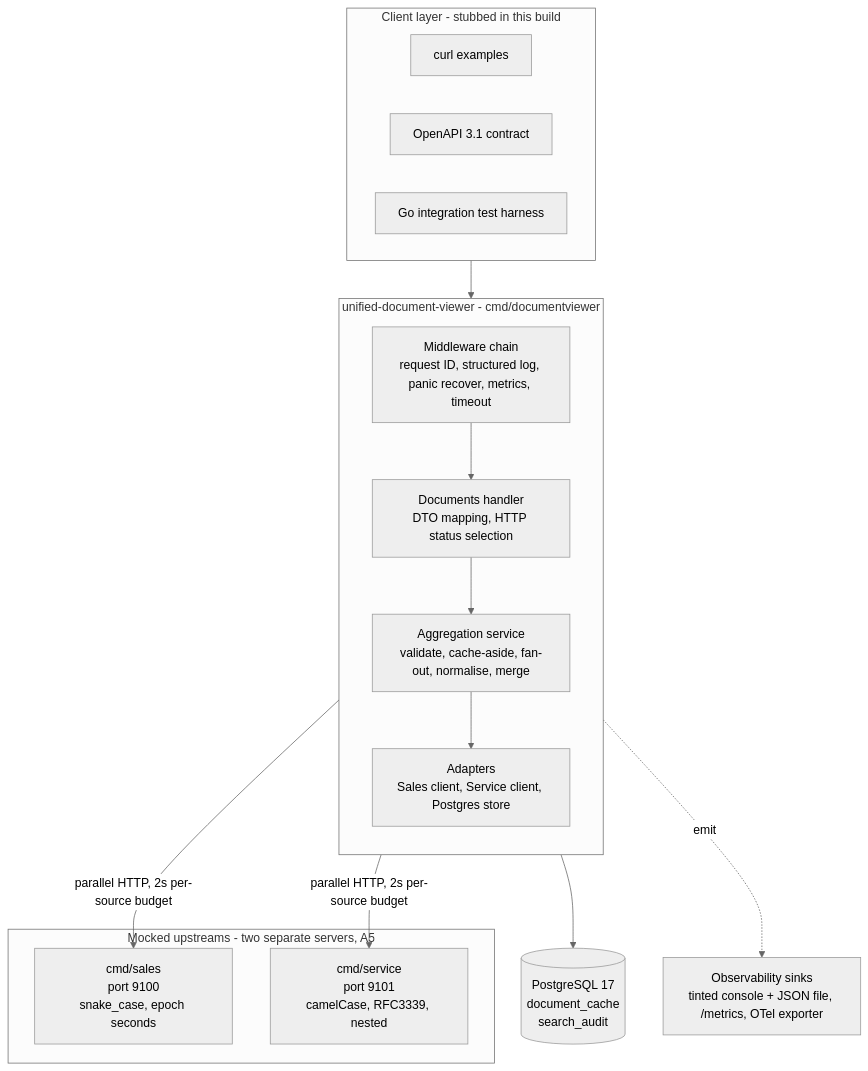
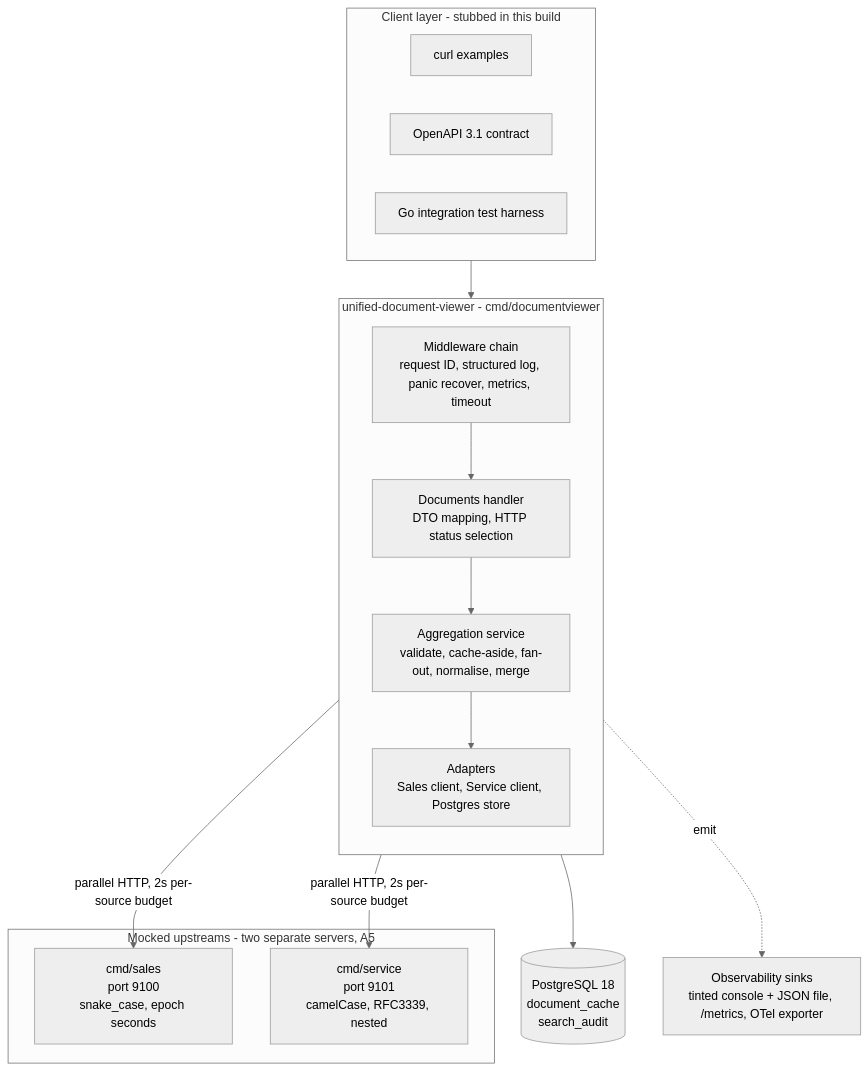
One commit to ducnd58233/keyloop-coding-challenge changed the third of 7 diagrams in docs/design/SYSTEM_DESIGN.md. Above: the diagram before and after it, drawn with Mermaid (neutral theme). The commit also changed other lines of this file and 26 other files, not shown here.

````diff
--- a/docs/design/SYSTEM_DESIGN.md
+++ b/docs/design/SYSTEM_DESIGN.md
@@ -338,33 +338,33 @@
 ```mermaid
 flowchart TB
     subgraph clients["Client layer - stubbed in this build"]
         C1["curl examples"]
         C2["OpenAPI 3.1 contract"]
         C3["Go integration test harness"]
     end
 
     subgraph app["unified-document-viewer - cmd/documentviewer"]
         direction TB
         MW["Middleware chain<br/>request ID, structured log, panic recover, metrics, timeout"]
         HDL["Documents handler<br/>DTO mapping, HTTP status selection"]
         AGG["Aggregation service<br/>validate, cache-aside, fan-out, normalise, merge"]
         ADP["Adapters<br/>Sales client, Service client, Postgres store"]
         MW --> HDL
         HDL --> AGG
         AGG --> ADP
     end
 
     subgraph mocks["Mocked upstreams - two separate servers, A5"]
         SALES["cmd/sales<br/>port 9100<br/>snake_case, epoch seconds"]
         SERVICE["cmd/service<br/>port 9101<br/>camelCase, RFC3339, nested"]
     end
 
-    DB[("PostgreSQL 17<br/>document_cache<br/>search_audit")]
+    DB[("PostgreSQL 18<br/>document_cache<br/>search_audit")]
     OBS["Observability sinks<br/>tinted console + JSON file, /metrics, OTel exporter"]
 
     clients --> MW
     ADP -->|"parallel HTTP, 2s per-source budget"| SALES
     ADP -->|"parallel HTTP, 2s per-source budget"| SERVICE
     ADP --> DB
     app -.->|"emit"| OBS
 ```
````
